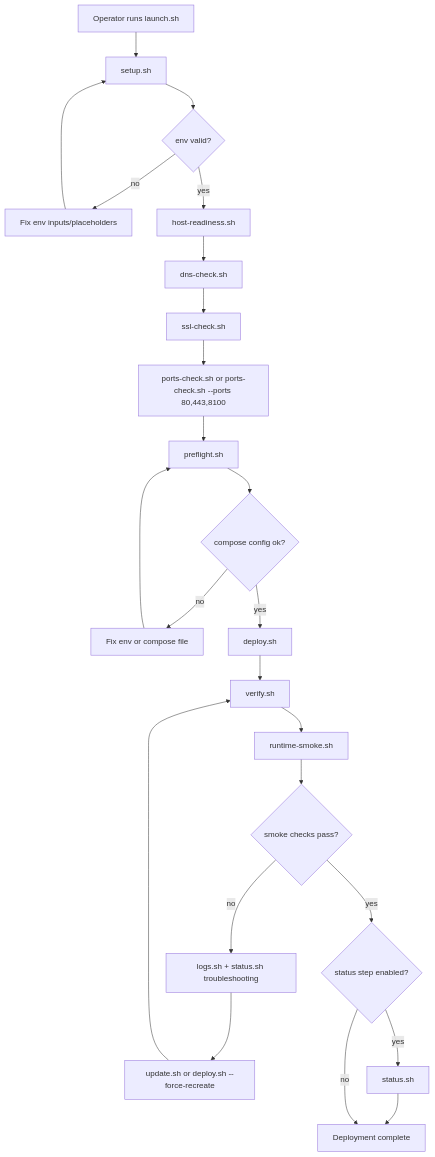
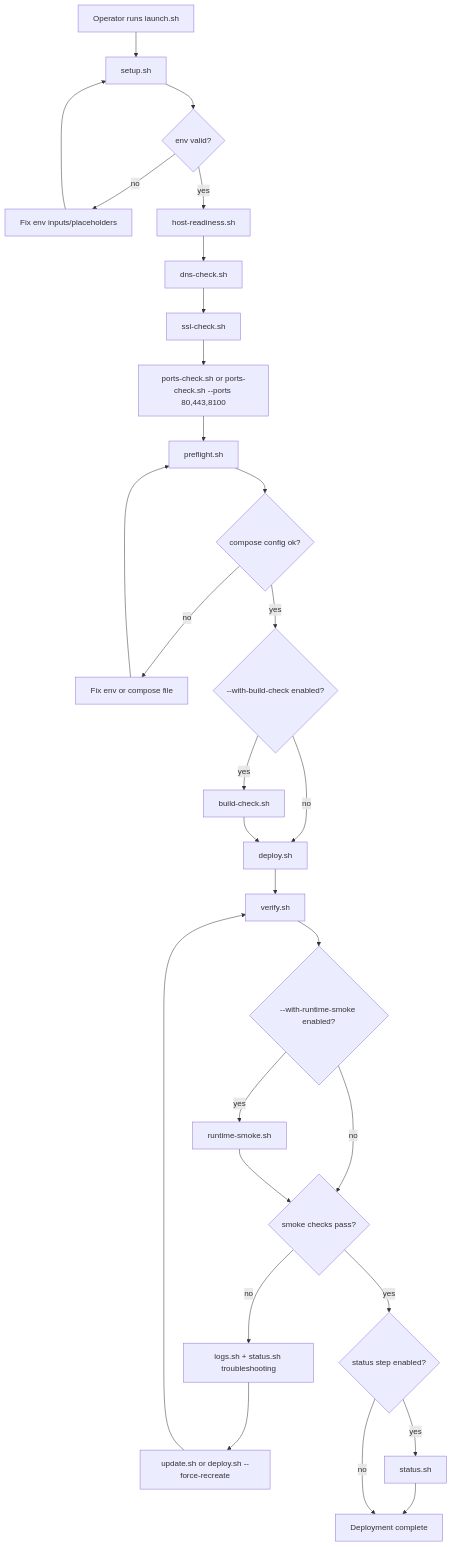
The first of 3 diagrams in deploy/ec2/FLOW.md (AmanVatsSharma/MailZen-Smart-Email-Management), drawn with Mermaid before and after one commit.

Commit message:
clarify launch flowchart for optional build and runtime smoke chaining

````diff
--- a/deploy/ec2/FLOW.md
+++ b/deploy/ec2/FLOW.md
@@ -8,26 +8,31 @@
 ```mermaid
 flowchart TD
   Start[Operator runs launch.sh] --> Setup[setup.sh]
   Setup --> EnvOK{env valid?}
   EnvOK -- no --> FixEnv[Fix env inputs/placeholders]
   FixEnv --> Setup
   EnvOK -- yes --> HostReady[host-readiness.sh]
   HostReady --> DnsCheck[dns-check.sh]
   DnsCheck --> SslCheck[ssl-check.sh]
   SslCheck --> PortsCheck[ports-check.sh or ports-check.sh --ports 80,443,8100]
   PortsCheck --> Preflight[preflight.sh]
   Preflight --> ComposeConfig{compose config ok?}
   ComposeConfig -- no --> FixConfig[Fix env or compose file]
   FixConfig --> Preflight
-  ComposeConfig -- yes --> Deploy[deploy.sh]
+  ComposeConfig -- yes --> BuildGate{--with-build-check enabled?}
+  BuildGate -- yes --> BuildCheck[build-check.sh]
+  BuildGate -- no --> Deploy[deploy.sh]
+  BuildCheck --> Deploy[deploy.sh]
   Deploy --> Verify[verify.sh]
-  Verify --> RuntimeSmoke[runtime-smoke.sh]
+  Verify --> RuntimeGate{--with-runtime-smoke enabled?}
+  RuntimeGate -- yes --> RuntimeSmoke[runtime-smoke.sh]
+  RuntimeGate -- no --> VerifyOK{smoke checks pass?}
   RuntimeSmoke --> VerifyOK{smoke checks pass?}
   VerifyOK -- no --> Logs[logs.sh + status.sh troubleshooting]
   Logs --> FixAndRedeploy[update.sh or deploy.sh --force-recreate]
   FixAndRedeploy --> Verify
   VerifyOK -- yes --> StatusGate{status step enabled?}
   StatusGate -- yes --> Status[status.sh]
   Status --> Done[Deployment complete]
   StatusGate -- no --> Done
 ```
````
